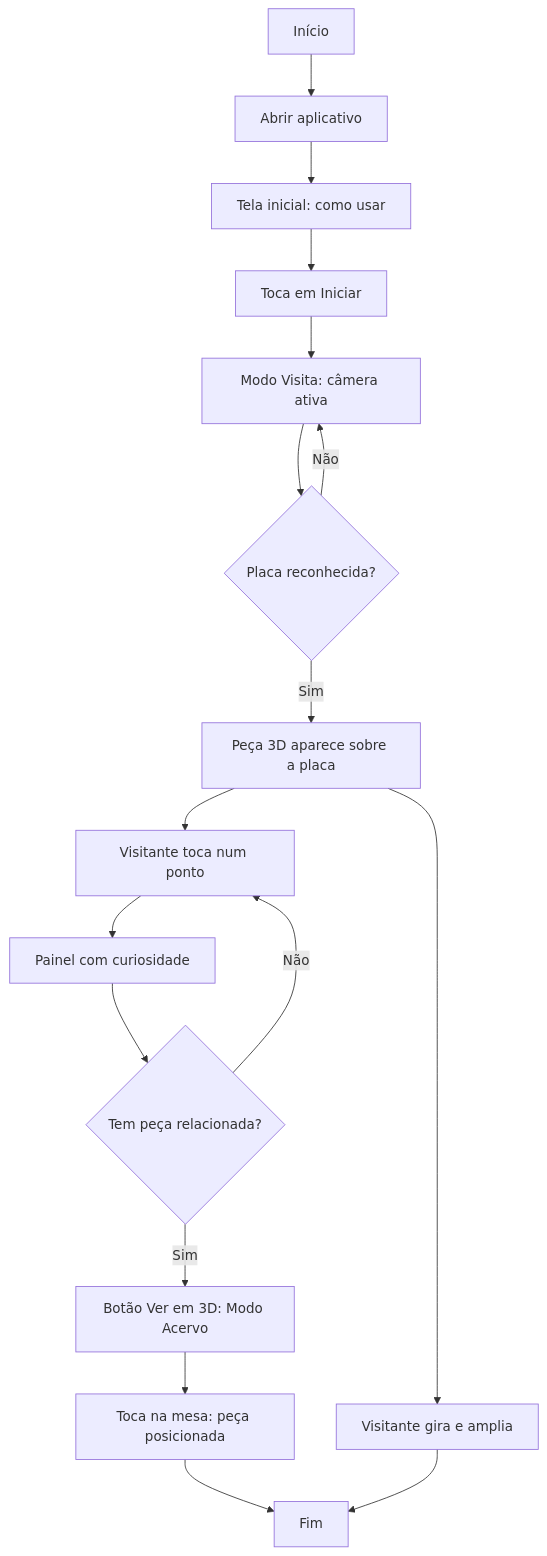
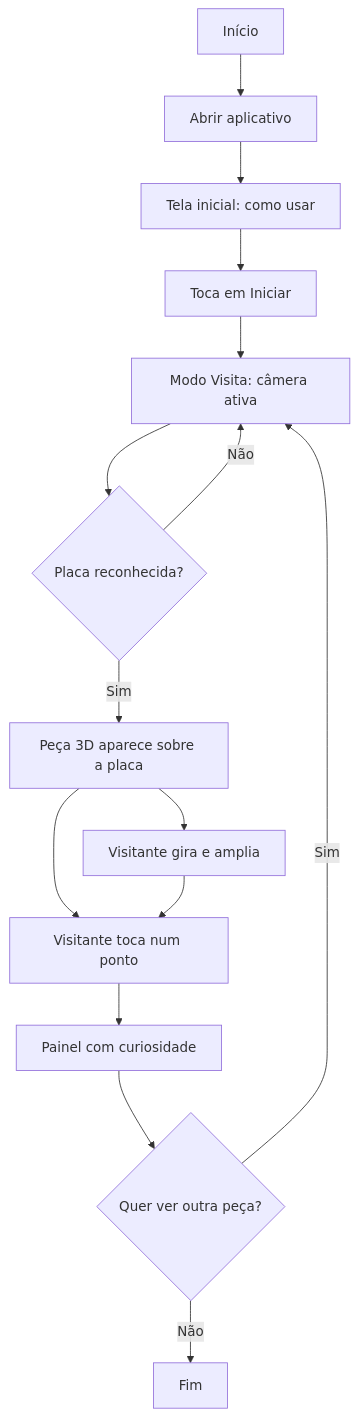
One commit to Kayke-Denelle/UPX-ARMOBILE changed the third of 4 diagrams in README.md. Above: the diagram before and after it, drawn with Mermaid. The commit also changed other lines of this file and 11 other files, not shown here.

First line of the commit message:
Versão 1.3.0: app só por QR code (Modo Acervo retirado)

````diff
--- a/README.md
+++ b/README.md
@@ -425,19 +419,17 @@
 ```mermaid
 flowchart TD
     A[Início] --> B[Abrir aplicativo]
     B --> S[Tela inicial: como usar]
     S --> T[Toca em Iniciar]
     T --> C[Modo Visita: câmera ativa]
     C --> D{Placa reconhecida?}
     D -- Não --> C
     D -- Sim --> E[Peça 3D aparece sobre a placa]
     E --> F[Visitante gira e amplia]
     E --> G[Visitante toca num ponto]
     G --> H[Painel com curiosidade]
-    H --> I{Tem peça relacionada?}
-    I -- Sim --> J[Botão Ver em 3D: Modo Acervo]
-    J --> K[Toca na mesa: peça posicionada]
-    I -- Não --> G
-    K --> L[Fim]
-    F --> L
+    H --> I{Quer ver outra peça?}
+    I -- Sim --> C
+    I -- Não --> L[Fim]
+    F --> G
 ```
````
